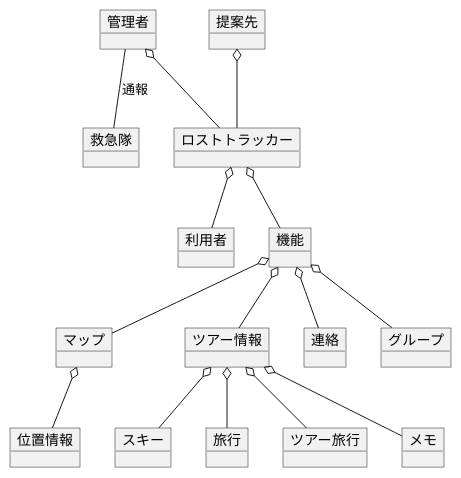
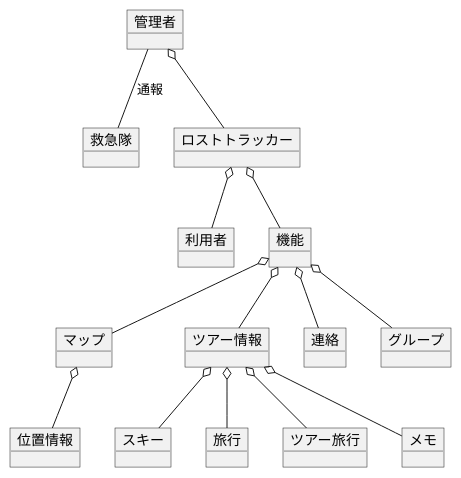
Before and after one commit to ksw2270227/GroupF: the diagram in F_dmainModel.plantuml, drawn with PlantUML.

Commit message:
斉藤編集

```diff
--- a/F_dmainModel.plantuml
+++ b/F_dmainModel.plantuml
@@ -1,43 +1,41 @@
 @startuml ドメインモデル
 
 
 object 救急隊
 object ロストトラッカー
 object 位置情報
 object 管理者
-object 提案先
 object 利用者
 object マップ
 object スキー
 object 旅行
 object ツアー旅行
 object メモ
 object ツアー情報
 object 連絡
 object 機能
 object グループ
 
 
 管理者 -- 救急隊 : 通報
 管理者 o-- ロストトラッカー
-提案先 o-- ロストトラッカー
 ロストトラッカー o-- 利用者
 
 ロストトラッカー o-- 機能
 機能 o-- 連絡
 機能 o-- マップ
 マップ o-- 位置情報
 機能 o-- グループ
 機能 o-- ツアー情報
 
 
 
 ツアー情報 o-- スキー
 ツアー情報 o-- 旅行
 ツアー情報 o-- ツアー旅行
 ツアー情報 o-- メモ
 
 
 
 
 @enduml
```
